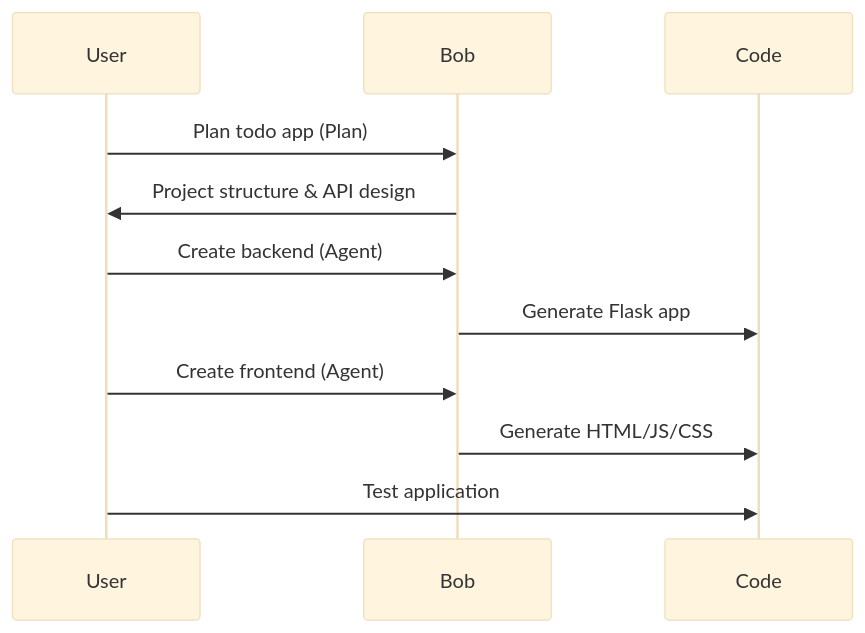
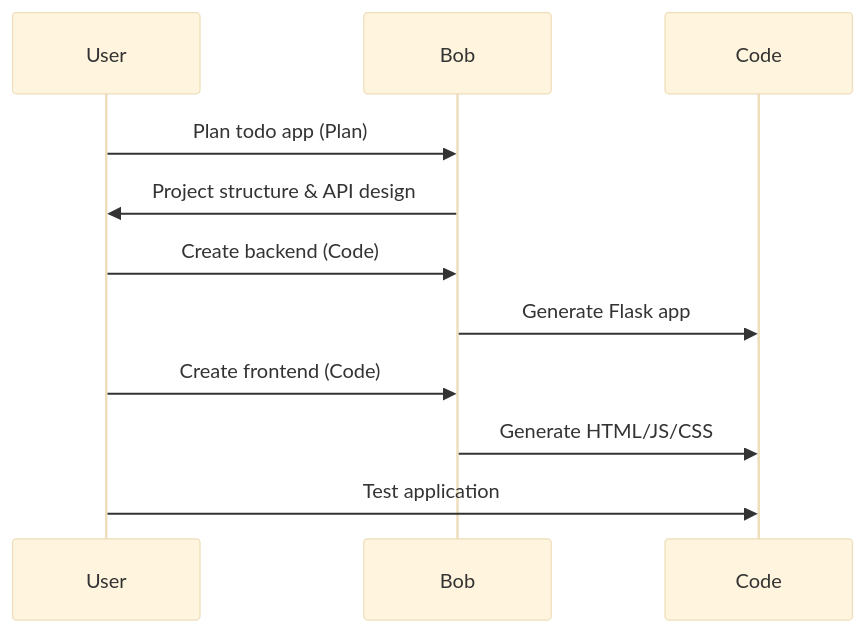
The diagram in labs/bob-lab-3-simple-app-development/README.md (jrtorres/bob-labs-june2026), drawn with Mermaid (base theme) before and after one commit. The commit also changed other lines of this file and 8 other files, not shown here.

````diff
--- a/labs/bob-lab-3-simple-app-development/README.md
+++ b/labs/bob-lab-3-simple-app-development/README.md
@@ -54,14 +54,14 @@
 ```mermaid
 sequenceDiagram
     participant User
     participant Bob
     participant Code
     
     User->>Bob: Plan todo app (Plan)
     Bob->>User: Project structure & API design
-    User->>Bob: Create backend (Agent)
+    User->>Bob: Create backend (Code)
     Bob->>Code: Generate Flask app
-    User->>Bob: Create frontend (Agent)
+    User->>Bob: Create frontend (Code)
     Bob->>Code: Generate HTML/JS/CSS
     User->>Code: Test application
 ```
````
